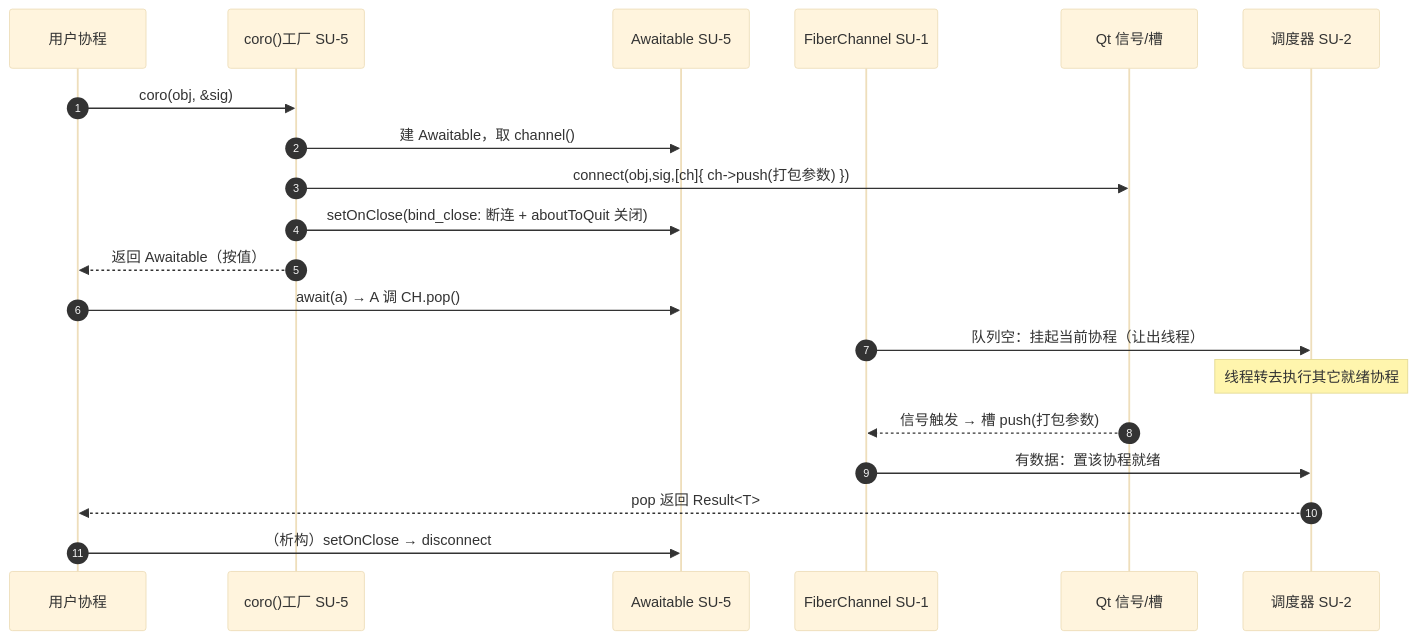
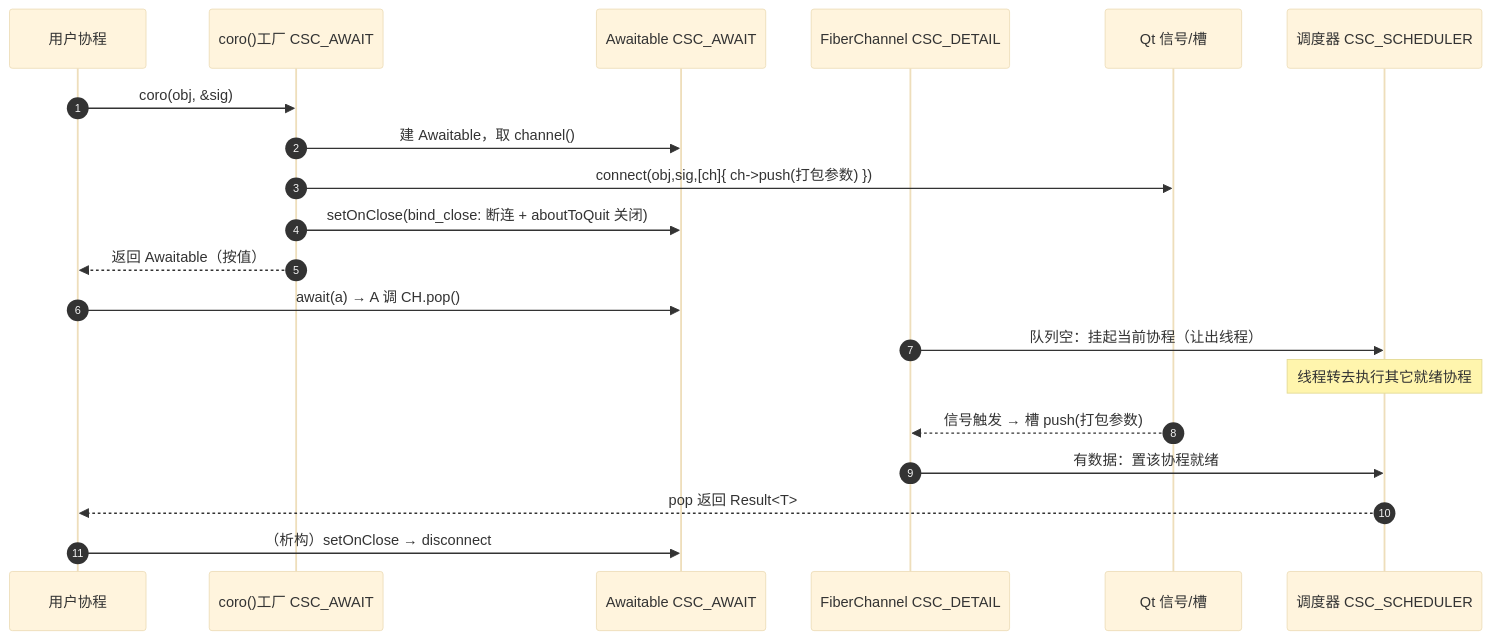
The ninth of 16 diagrams in doc/软件设计说明.md (Ste7an-cs/AsyncTask), drawn with Mermaid (base theme) before and after one commit. The commit also changed other lines of this file, not shown here.

First line of the commit message:
docs(sdd): 按新模板重新生成软件设计说明，标识符改为 CSC/MS/JK/CSU 体系

````diff
--- a/doc/软件设计说明.md
+++ b/doc/软件设计说明.md
@@ -385,23 +403,23 @@
 ```mermaid
 sequenceDiagram
     autonumber
     participant U as 用户协程
-    participant F as coro()工厂 SU-5
-    participant A as Awaitable SU-5
-    participant CH as FiberChannel SU-1
+    participant F as coro()工厂 CSC_AWAIT
+    participant A as Awaitable CSC_AWAIT
+    participant CH as FiberChannel CSC_DETAIL
     participant Q as Qt 信号/槽
-    participant S as 调度器 SU-2
+    participant S as 调度器 CSC_SCHEDULER
 
     U->>F: coro(obj, &sig)
     F->>A: 建 Awaitable，取 channel()
     F->>Q: connect(obj,sig,[ch]{ ch->push(打包参数) })
     F->>A: setOnClose(bind_close: 断连 + aboutToQuit 关闭)
     F-->>U: 返回 Awaitable（按值）
     U->>A: await(a) → A 调 CH.pop()
     CH->>S: 队列空：挂起当前协程（让出线程）
     Note over S: 线程转去执行其它就绪协程
     Q-->>CH: 信号触发 → 槽 push(打包参数)
     CH->>S: 有数据：置该协程就绪
     S-->>U: pop 返回 Result<T>
     U->>A: （析构）setOnClose → disconnect
 ```
````
